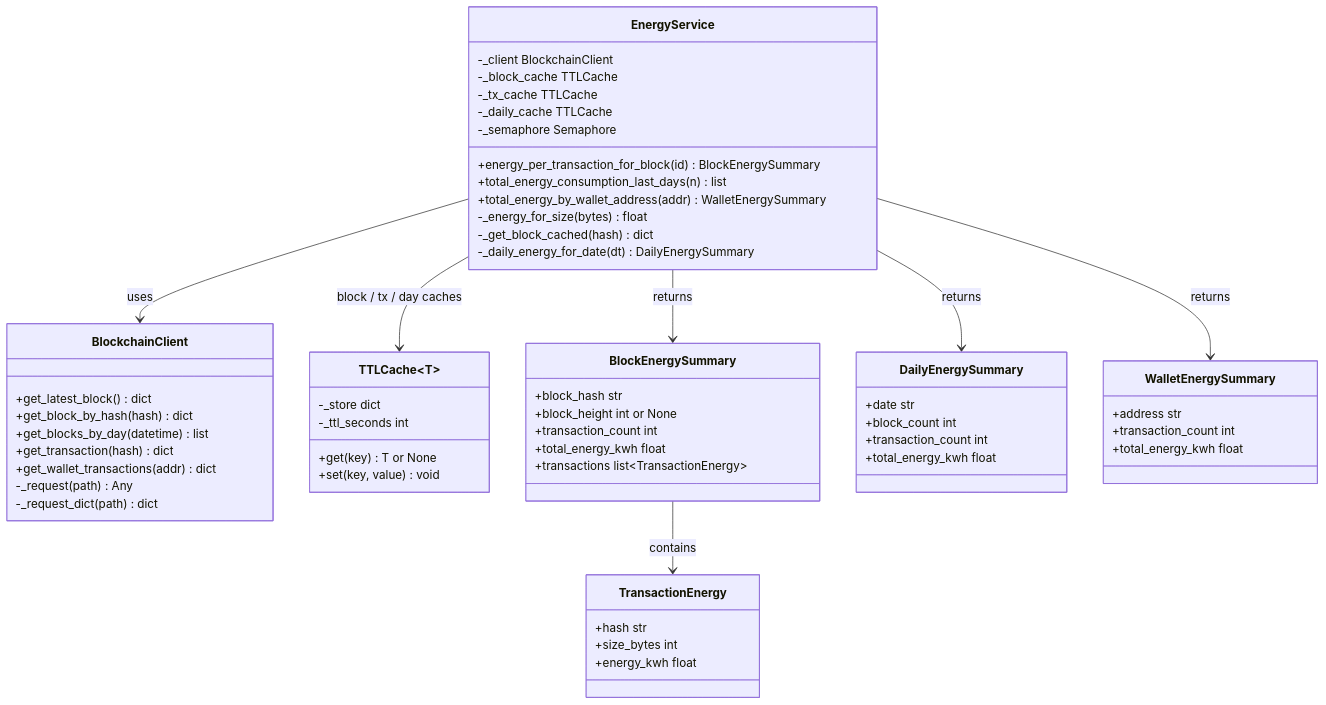
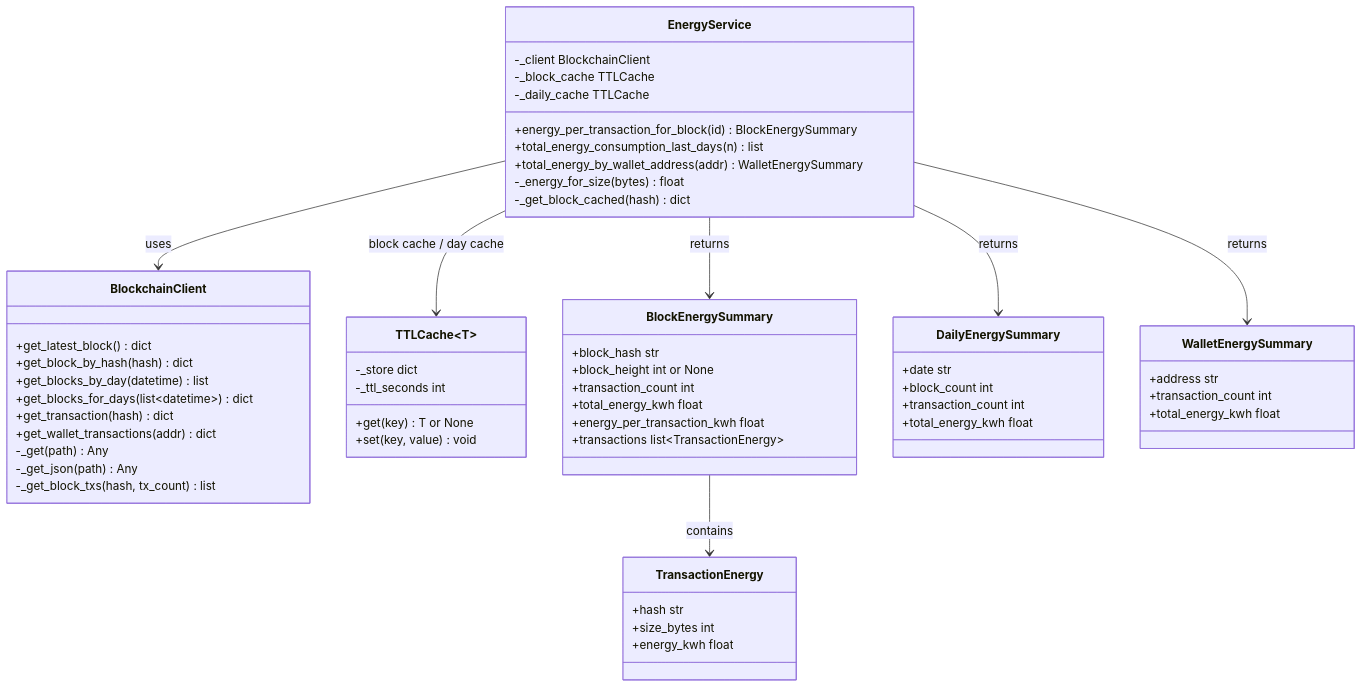
Before and after one commit to burakcetindev/sensorfact: the second of 3 diagrams in docs/architecture.md, drawn with Mermaid. The commit also changed other lines of this file and 23 other files, not shown here.

````diff
--- a/docs/architecture.md
+++ b/docs/architecture.md
@@ -52,60 +54,60 @@
 ```mermaid
 classDiagram
     class BlockchainClient {
         +get_latest_block() dict
         +get_block_by_hash(hash) dict
         +get_blocks_by_day(datetime) list
+        +get_blocks_for_days(list~datetime~) dict
         +get_transaction(hash) dict
         +get_wallet_transactions(addr) dict
-        -_request(path) Any
-        -_request_dict(path) dict
+        -_get(path) Any
+        -_get_json(path) Any
+        -_get_block_txs(hash, tx_count) list
     }
     class EnergyService {
         -_client BlockchainClient
         -_block_cache TTLCache
-        -_tx_cache TTLCache
         -_daily_cache TTLCache
-        -_semaphore Semaphore
         +energy_per_transaction_for_block(id) BlockEnergySummary
         +total_energy_consumption_last_days(n) list
         +total_energy_by_wallet_address(addr) WalletEnergySummary
         -_energy_for_size(bytes) float
         -_get_block_cached(hash) dict
-        -_daily_energy_for_date(dt) DailyEnergySummary
     }
     class TTLCache~T~ {
         -_store dict
         -_ttl_seconds int
         +get(key) T or None
         +set(key, value) void
     }
     class BlockEnergySummary {
         +block_hash str
         +block_height int or None
         +transaction_count int
         +total_energy_kwh float
+        +energy_per_transaction_kwh float
         +transactions list~TransactionEnergy~
     }
     class TransactionEnergy {
         +hash str
         +size_bytes int
         +energy_kwh float
     }
     class DailyEnergySummary {
         +date str
         +block_count int
         +transaction_count int
         +total_energy_kwh float
     }
     class WalletEnergySummary {
         +address str
         +transaction_count int
         +total_energy_kwh float
     }
     EnergyService --> BlockchainClient : uses
-    EnergyService --> TTLCache : block / tx / day caches
+    EnergyService --> TTLCache : block cache / day cache
     EnergyService --> BlockEnergySummary : returns
     EnergyService --> DailyEnergySummary : returns
     EnergyService --> WalletEnergySummary : returns
     BlockEnergySummary --> TransactionEnergy : contains
 ```
````
